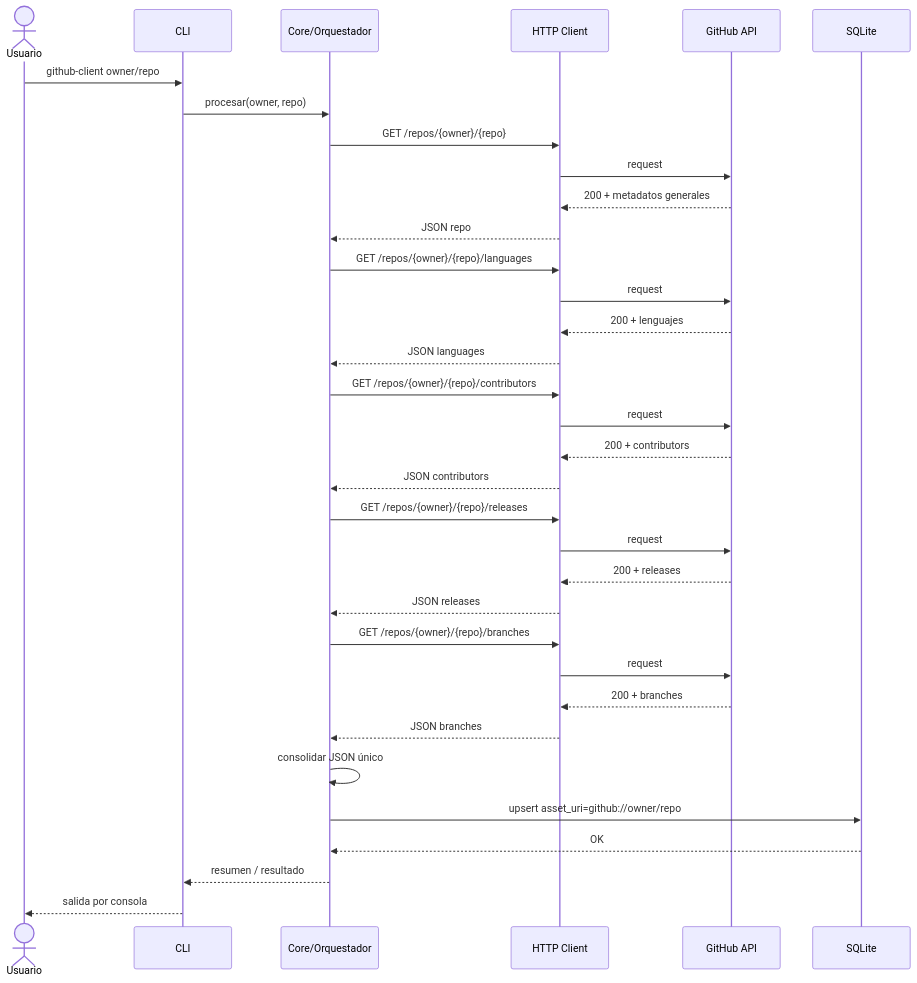
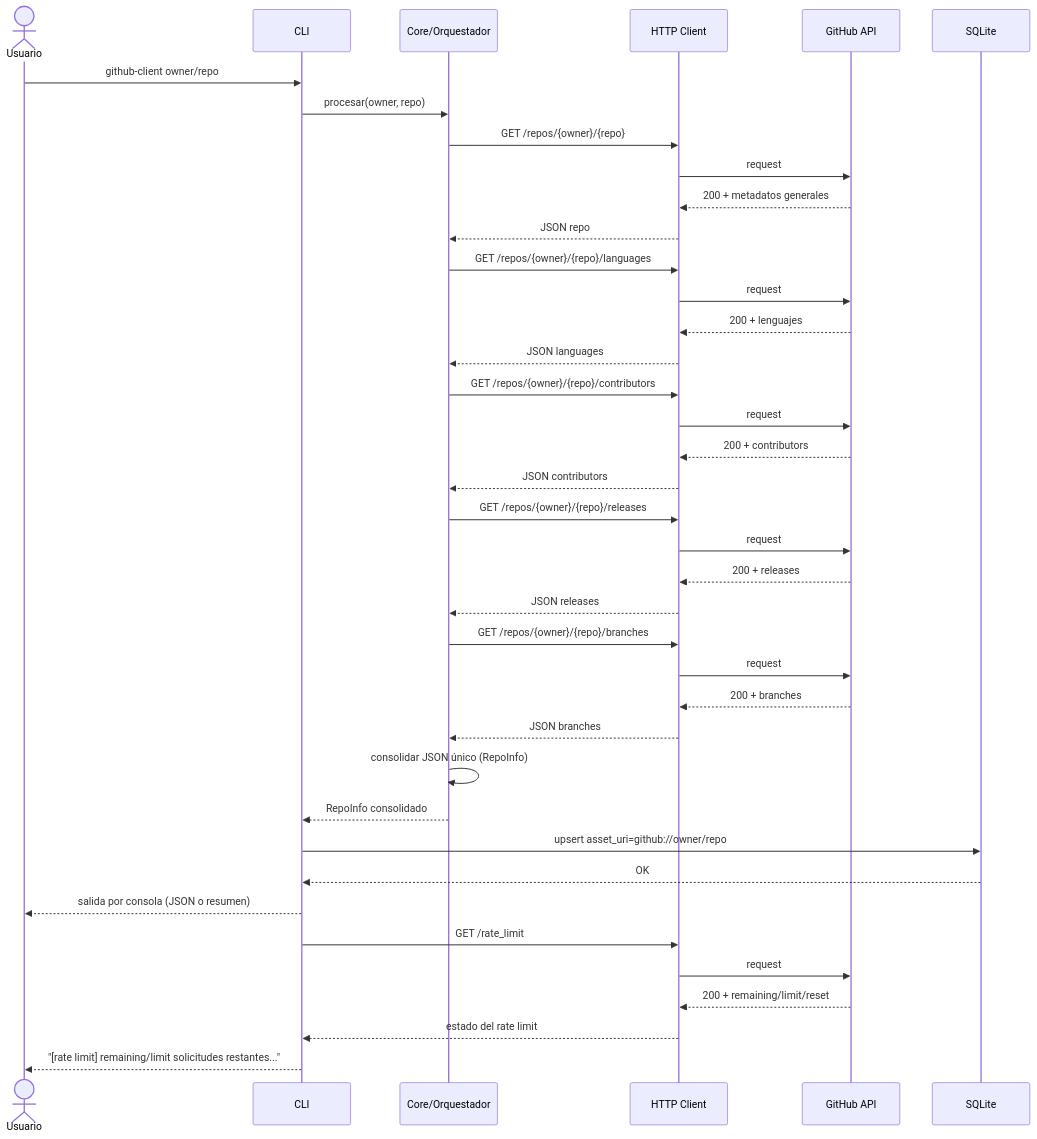
Before and after one commit to Andrenon/api-client-github: the diagram in docs/architecture.md, drawn with Mermaid. The commit also changed other lines of this file and 1 other file, not shown here.

````diff
--- a/docs/architecture.md
+++ b/docs/architecture.md
@@ -85,43 +127,50 @@
 ```mermaid
 sequenceDiagram
     actor U as Usuario
     participant CLI
     participant Core as Core/Orquestador
     participant HTTP as HTTP Client
     participant GH as GitHub API
     participant DB as SQLite
 
     U->>CLI: github-client owner/repo
     CLI->>Core: procesar(owner, repo)
 
     Core->>HTTP: GET /repos/{owner}/{repo}
     HTTP->>GH: request
     GH-->>HTTP: 200 + metadatos generales
     HTTP-->>Core: JSON repo
 
     Core->>HTTP: GET /repos/{owner}/{repo}/languages
     HTTP->>GH: request
     GH-->>HTTP: 200 + lenguajes
     HTTP-->>Core: JSON languages
 
     Core->>HTTP: GET /repos/{owner}/{repo}/contributors
     HTTP->>GH: request
     GH-->>HTTP: 200 + contributors
     HTTP-->>Core: JSON contributors
 
     Core->>HTTP: GET /repos/{owner}/{repo}/releases
     HTTP->>GH: request
     GH-->>HTTP: 200 + releases
     HTTP-->>Core: JSON releases
 
     Core->>HTTP: GET /repos/{owner}/{repo}/branches
     HTTP->>GH: request
     GH-->>HTTP: 200 + branches
     HTTP-->>Core: JSON branches
 
-    Core->>Core: consolidar JSON único
-    Core->>DB: upsert asset_uri=github://owner/repo
-    DB-->>Core: OK
-    Core-->>CLI: resumen / resultado
-    CLI-->>U: salida por consola
+    Core->>Core: consolidar JSON único (RepoInfo)
+    Core-->>CLI: RepoInfo consolidado
+
+    CLI->>DB: upsert asset_uri=github://owner/repo
+    DB-->>CLI: OK
+    CLI-->>U: salida por consola (JSON o resumen)
+
+    CLI->>HTTP: GET /rate_limit
+    HTTP->>GH: request
+    GH-->>HTTP: 200 + remaining/limit/reset
+    HTTP-->>CLI: estado del rate limit
+    CLI-->>U: "[rate limit] remaining/limit solicitudes restantes..."
 ```
````
